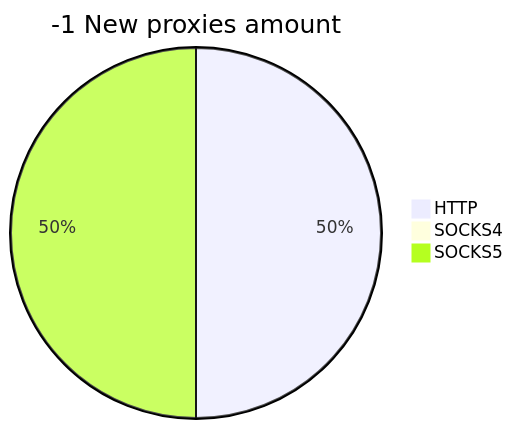
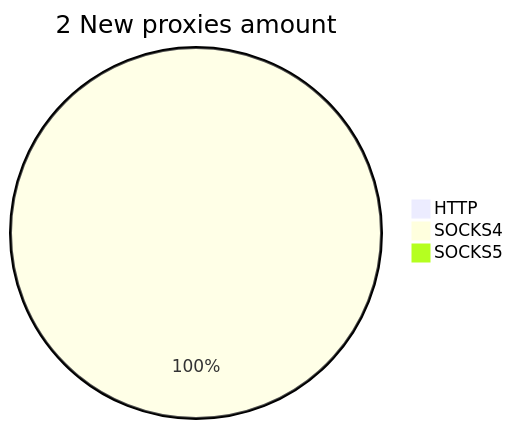
The second of 2 diagrams in README.md (cutipu/proxylist), drawn with Mermaid before and after one commit. The commit also changed other lines of this file, not shown here.

````diff
--- a/README.md
+++ b/README.md
@@ -10,6 +10,6 @@
 ```mermaid
-pie title -1 New proxies amount
-    "HTTP" : 1
-    "SOCKS4" : 0
-    "SOCKS5" : 1
+pie title 2 New proxies amount
+    "HTTP" : 0
+    "SOCKS4" : 3
+    "SOCKS5" : 0
 ```
````
